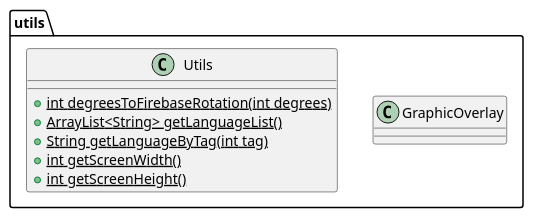
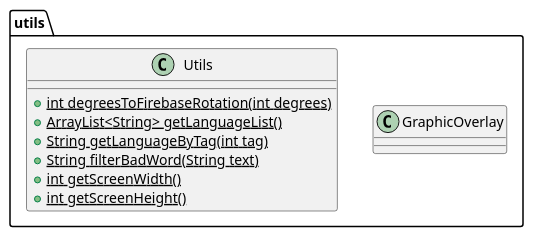
One commit to DPigeon/SeeText changed the diagram in diagrams/classes/UtilsClasses.puml. Above: the diagram before and after it, drawn with PlantUML.

Commit message:
Adding new method to document classes

```diff
--- a/diagrams/classes/UtilsClasses.puml
+++ b/diagrams/classes/UtilsClasses.puml
@@ -1,15 +1,16 @@
 @startuml
 
 package utils {
     class GraphicOverlay
 
     class Utils {
         +{static}int degreesToFirebaseRotation(int degrees)
         +{static}ArrayList<String> getLanguageList()
         +{static}String getLanguageByTag(int tag)
+        +{static}String filterBadWord(String text)
         +{static}int getScreenWidth()
         +{static}int getScreenHeight()
     }
 }
 
 @enduml
```
